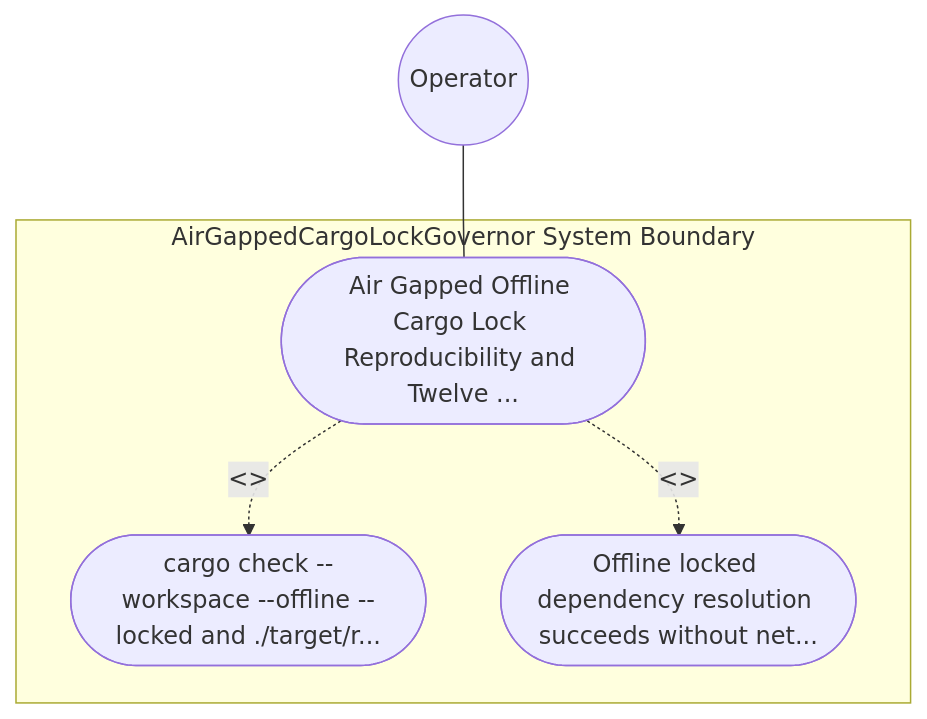
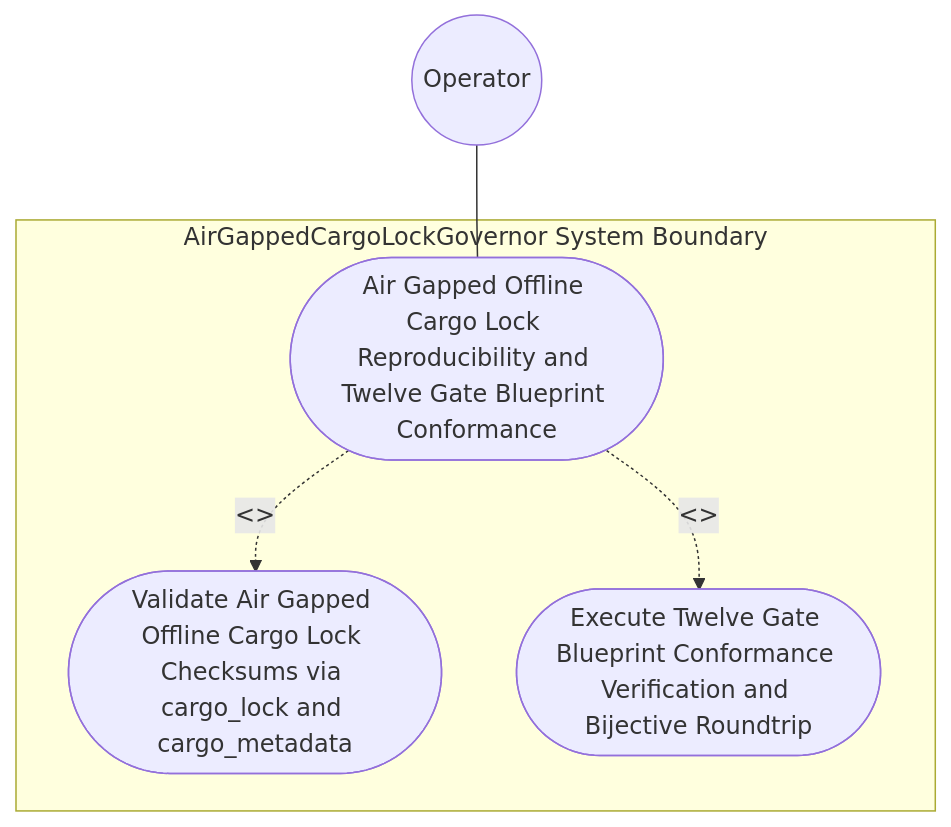
One commit to gintatkinson/DEAP01-spec-core changed the first of 2 diagrams in .pipeline/upstream/docs/use-cases/UC-44-Air_Gapped_Offline_Cargo_Lock_Reproducibility_and_Twelve_Gate_Blueprint_Conformance.md. Above: the diagram before and after it, drawn with Mermaid. The commit also changed other lines of this file and 225 other files, not shown here.

````diff
--- a/.pipeline/upstream/docs/use-cases/UC-44-Air_Gapped_Offline_Cargo_Lock_Reproducibility_and_Twelve_Gate_Blueprint_Conformance.md
+++ b/.pipeline/upstream/docs/use-cases/UC-44-Air_Gapped_Offline_Cargo_Lock_Reproducibility_and_Twelve_Gate_Blueprint_Conformance.md
@@ -16,11 +17,11 @@
 ```mermaid
 graph TD
     subgraph "AirGappedCargoLockGovernor System Boundary"
-        UC_Main(["Air Gapped Offline Cargo Lock Reproducibility and Twelve ..."])
-        UC_Step01(["cargo check --workspace --offline --locked and ./target/r..."])
-        UC_Step02(["Offline locked dependency resolution succeeds without net..."])
+        UC_Main(["Air Gapped Offline Cargo Lock Reproducibility and Twelve Gate Blueprint Conformance"])
+        UC_Step01(["Validate Air Gapped Offline Cargo Lock Checksums via cargo_lock and cargo_metadata"])
+        UC_Step02(["Execute Twelve Gate Blueprint Conformance Verification and Bijective Roundtrip"])
     end
     Operator(("Operator")) --- UC_Main
     UC_Main -. "<<include>>" .-> UC_Step01
     UC_Main -. "<<include>>" .-> UC_Step02
 ```
````
